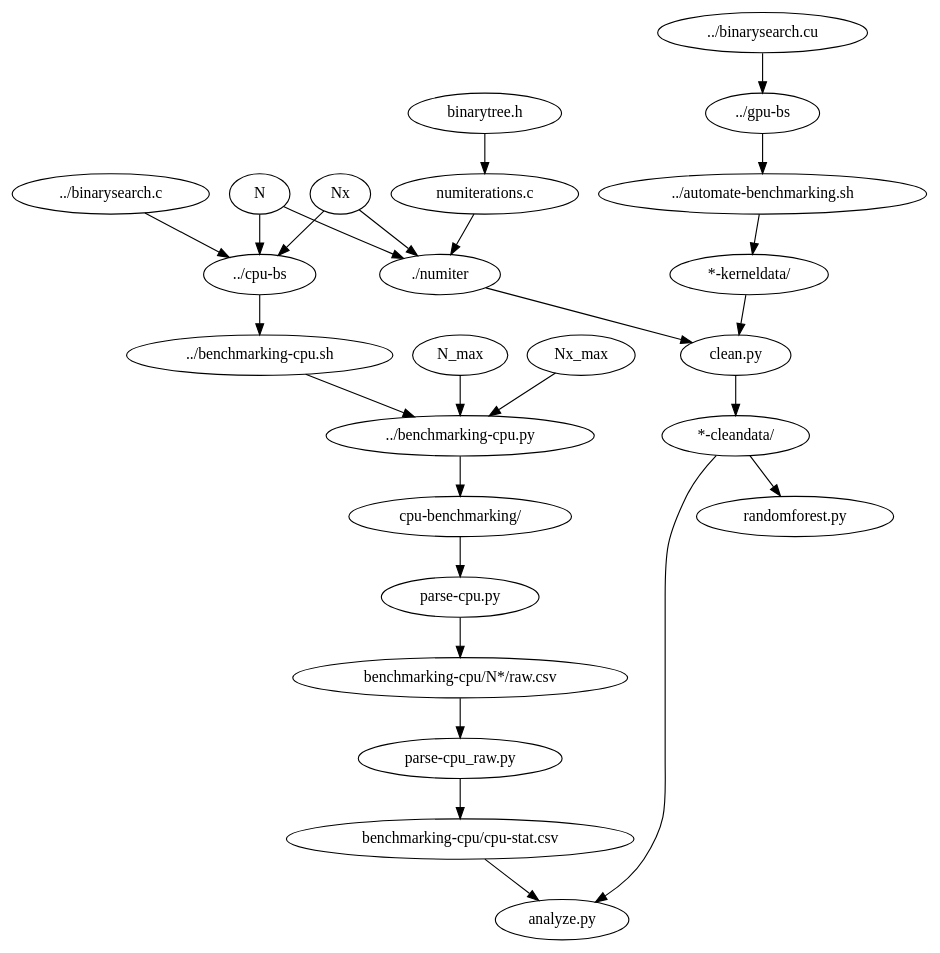
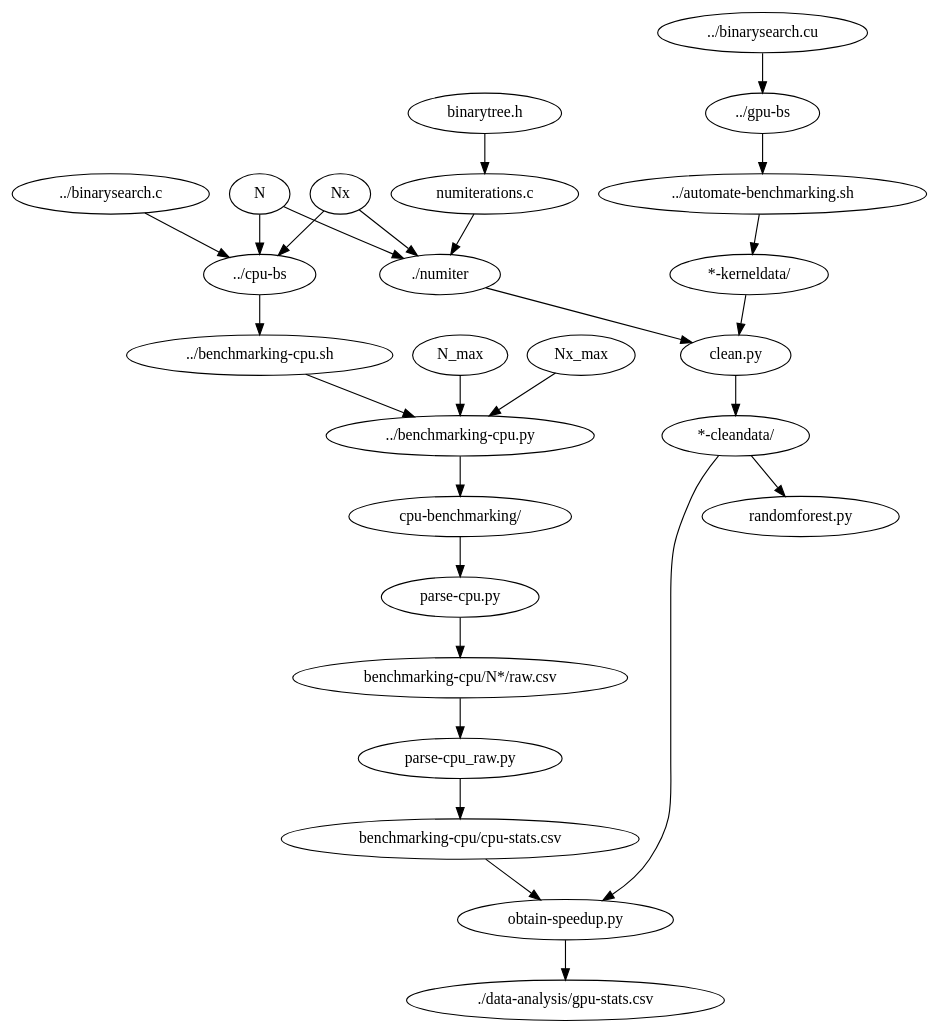
Before and after one commit to russellmatt66/GPU-samples: the diagram in BinarySearch/machine-learning/project.gv, drawn with Graphviz. The commit also changed 5 other files, not shown here.

```diff
--- a/BinarySearch/machine-learning/project.gv
+++ b/BinarySearch/machine-learning/project.gv
@@ -1,27 +1,28 @@
 digraph RandomForest {
     "*-kerneldata/" -> "clean.py";
     "../binarysearch.cu" -> "../gpu-bs";
     "../gpu-bs" -> "../automate-benchmarking.sh";
     "../automate-benchmarking.sh" -> "*-kerneldata/";
     "../binarysearch.c" -> "../cpu-bs";
     "../cpu-bs" -> "../benchmarking-cpu.sh";
     "../benchmarking-cpu.sh" -> "../benchmarking-cpu.py";
     "../benchmarking-cpu.py" -> "cpu-benchmarking/";
     "cpu-benchmarking/" -> "parse-cpu.py";
     "parse-cpu.py" -> "benchmarking-cpu/N*/raw.csv";
     "benchmarking-cpu/N*/raw.csv" -> "parse-cpu_raw.py";
-    "parse-cpu_raw.py" -> "benchmarking-cpu/cpu-stat.csv";
-    "benchmarking-cpu/cpu-stat.csv" -> "analyze.py";
+    "parse-cpu_raw.py" -> "benchmarking-cpu/cpu-stats.csv";
+    "benchmarking-cpu/cpu-stats.csv" -> "obtain-speedup.py";
     "binarytree.h" -> "numiterations.c";
     "numiterations.c" -> "./numiter";
     "N" -> "./numiter";
     "Nx" -> "./numiter";
     "N" -> "../cpu-bs";
     "Nx" -> "../cpu-bs";
     "N_max" -> "../benchmarking-cpu.py";
     "Nx_max" -> "../benchmarking-cpu.py";
     "./numiter" -> "clean.py";
     "clean.py" -> "*-cleandata/";
-    "*-cleandata/" -> "analyze.py";
+    "*-cleandata/" -> "obtain-speedup.py";
     "*-cleandata/" -> "randomforest.py"
+    "obtain-speedup.py" -> "./data-analysis/gpu-stats.csv"
 }
```
